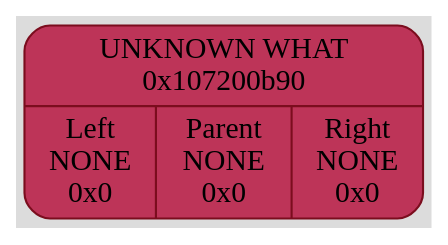
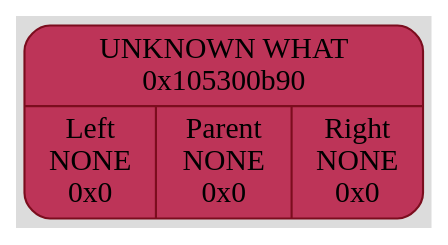
Before and after one commit to TolikRogov/Differentiator: the diagram in dump/graph.dot, drawn with Graphviz. The commit also changed 23 other files, not shown here.

```diff
--- a/dump/graph.dot
+++ b/dump/graph.dot
@@ -1,6 +1,6 @@
 digraph {
 	fontname = "UbuntuMono";
 	bgcolor = "#DCDCDC";
 
-	node0x107200b90 [ shape = Mrecord; style = filled; fillcolor = "#BD3458"; color = "#7b0d1e"; fontcolor = "#000000"; label = " { UNKNOWN WHAT\n0x107200b90 | { <left> Left\nNONE\n0x0 | Parent\nNONE\n0x0 | <right> Right\nNONE\n0x0 } } "; ];
+	node0x105300b90 [ shape = Mrecord; style = filled; fillcolor = "#BD3458"; color = "#7b0d1e"; fontcolor = "#000000"; label = " { UNKNOWN WHAT\n0x105300b90 | { <left> Left\nNONE\n0x0 | Parent\nNONE\n0x0 | <right> Right\nNONE\n0x0 } } "; ];
 }
```
